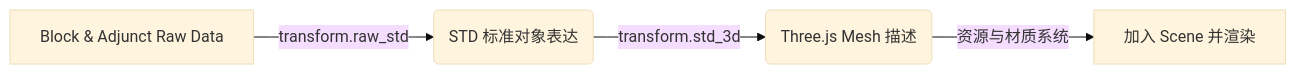
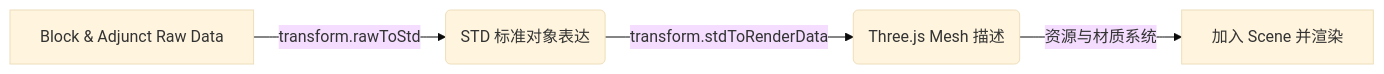
The diagram in docs/systems/render.md (septopus-rex/world), drawn with Mermaid (base theme) before and after one commit. The commit also changed other lines of this file and 28 other files, not shown here.

````diff
--- a/docs/systems/render.md
+++ b/docs/systems/render.md
@@ -19,6 +21,6 @@
 ```mermaid
 graph LR
-A[Block & Adjunct Raw Data] -->|transform.raw_std| B(STD 标准对象表达)
-B -->|transform.std_3d| C(Three.js Mesh 描述)
+A[Block & Adjunct Raw Data] -->|transform.rawToStd| B(STD 标准对象表达)
+B -->|transform.stdToRenderData| C(Three.js Mesh 描述)
 C -->|资源与材质系统| D[加入 Scene 并渲染]
 ```
````
